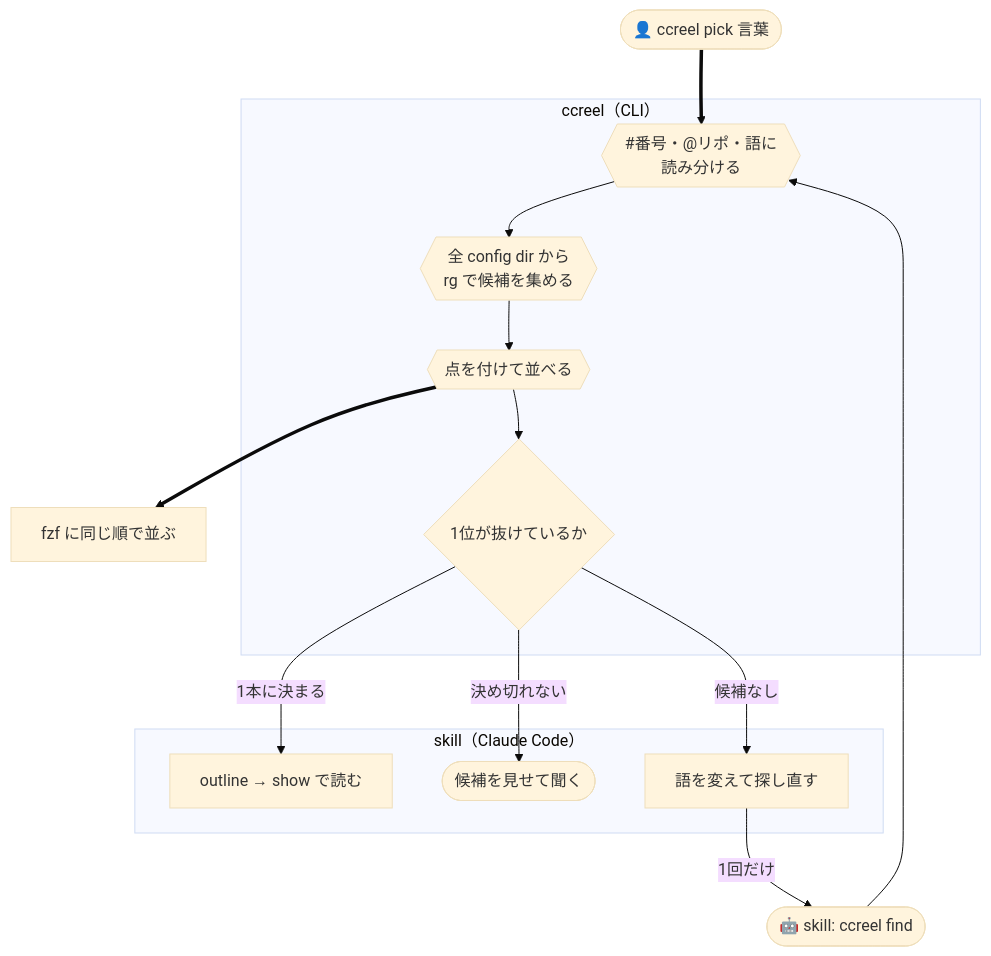
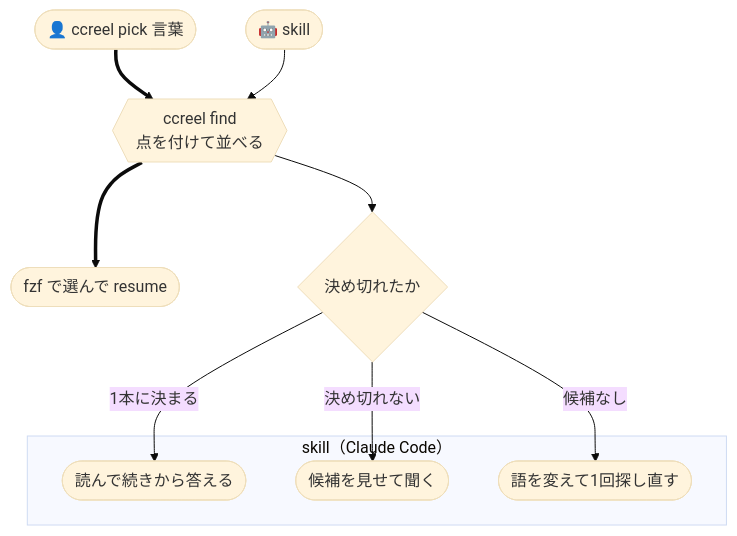
Before and after one commit to yktsnet/ccreel: the first of 2 diagrams in README.md, drawn with Mermaid (base theme). The commit also changed other lines of this file and 1 other file, not shown here.

First line of the commit message:
docs: give each README diagram its endpoints and move the sync diagram into the README (#20)

````diff
--- a/README.md
+++ b/README.md
@@ -35,25 +35,18 @@
 ```mermaid
 flowchart TD
   human(["👤 ccreel pick 言葉"])
-  claude(["🤖 skill: ccreel find"])
-  subgraph F["ccreel（CLI）"]
-    parse{{"#番号・@リポ・語に<br/>読み分ける"}}
-    collect{{"全 config dir から<br/>rg で候補を集める"}}
-    rank{{"点を付けて並べる"}}
-    dec{"1位が抜けているか"}
+  claude(["🤖 skill"])
+  find{{"ccreel find<br/>点を付けて並べる"}}
+  human ==> find
+  claude --> find
+  find ==> resume(["fzf で選んで resume"])
+  find --> dec{"決め切れたか"}
+  subgraph S["skill（Claude Code）"]
+    read(["読んで続きから答える"])
+    ask(["候補を見せて聞く"])
+    retry(["語を変えて1回探し直す"])
   end
-  subgraph S["skill（Claude Code）"]
-    read["outline → show で読む"]
-    ask(["候補を見せて聞く"])
-    retry["語を変えて探し直す"]
-  end
-  human ==> parse
-  claude --> parse
-  parse --> collect --> rank
-  rank ==> fzf["fzf に同じ順で並ぶ"]
-  rank --> dec
   dec -->|"1本に決まる"| read
   dec -->|"決め切れない"| ask
   dec -->|"候補なし"| retry
-  retry -->|"1回だけ"| claude
 ```
````
